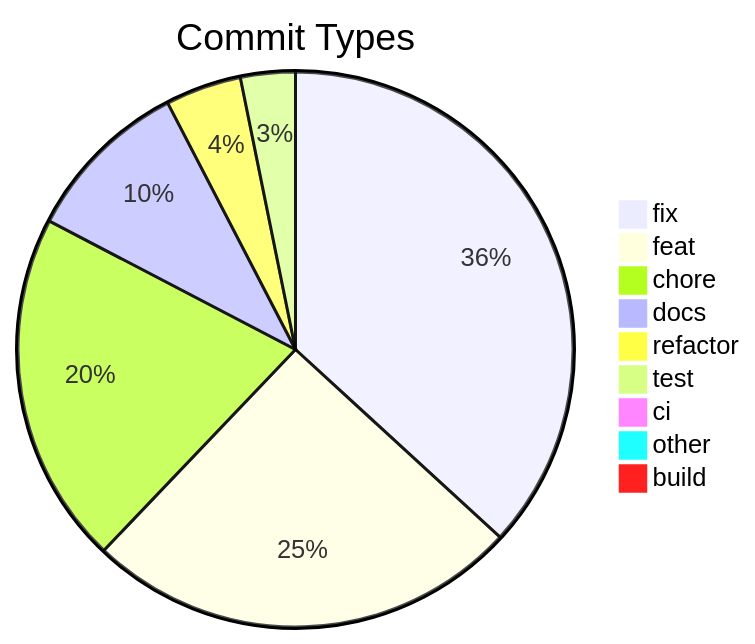
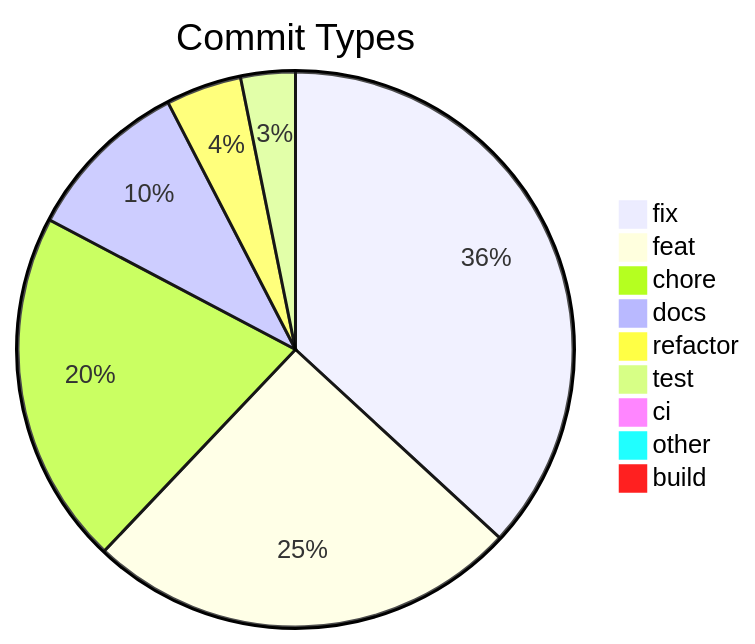
The diagram in .shipwright/compliance/change-history.md (svenroth-ai/shipwright-webui), drawn with Mermaid before and after one commit. The commit also changed other lines of this file and 42 other files, not shown here.

````diff
--- a/.shipwright/compliance/change-history.md
+++ b/.shipwright/compliance/change-history.md
@@ -8,12 +8,12 @@
 ```mermaid
 pie title Commit Types
-    "fix" : 208
+    "fix" : 209
     "feat" : 143
-    "chore" : 116
+    "chore" : 117
     "docs" : 55
     "refactor" : 25
     "test" : 18
     "ci" : 5
     "other" : 4
     "build" : 1
 ```
````
